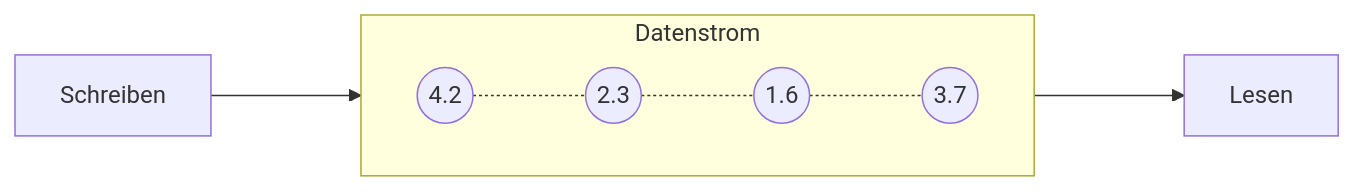
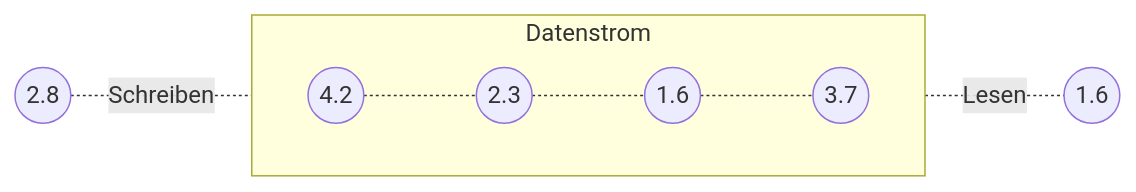
One commit to jappuccini/java-docs changed the diagram in docs/documentation/io-streams.md. Above: the diagram before and after it, drawn with Mermaid. The commit also changed 26 other files, not shown here.

Commit message:
Update Mermaid Format

````diff
--- a/docs/documentation/io-streams.md
+++ b/docs/documentation/io-streams.md
@@ -20,9 +20,9 @@
 ```mermaid
 flowchart LR
-    subgraph Datenstrom
-        direction LR
-        data1((4.2)) -.- data2((2.3)) -.- data3((1.6)) -.- data4((3.7))
-    end
-    write[Schreiben] ---> Datenstrom
-    Datenstrom ---> read[Lesen]
+   subgraph Datenstrom
+      direction LR
+      data1((4.2)) -.- data2((2.3)) -.- data3((1.6)) -.- data4((3.7))
+   end
+   data0((2.8)) -.Schreiben.- data1
+   data4 -.Lesen.- data5((1.6))
 ```
````
